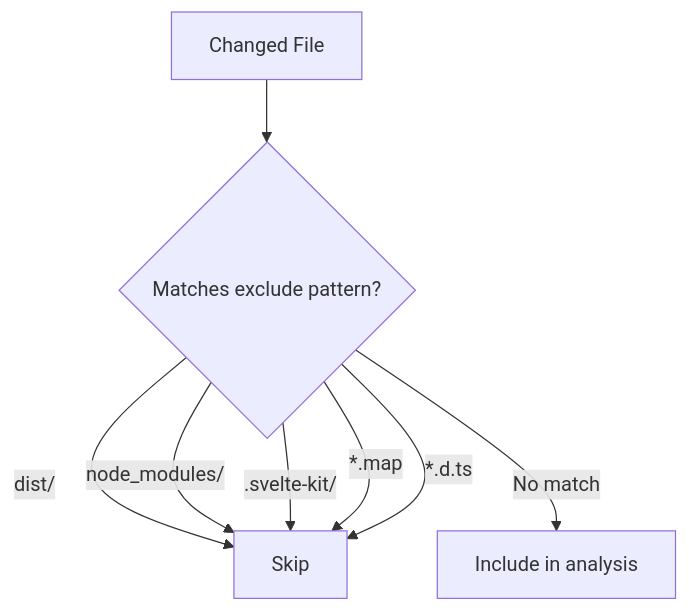
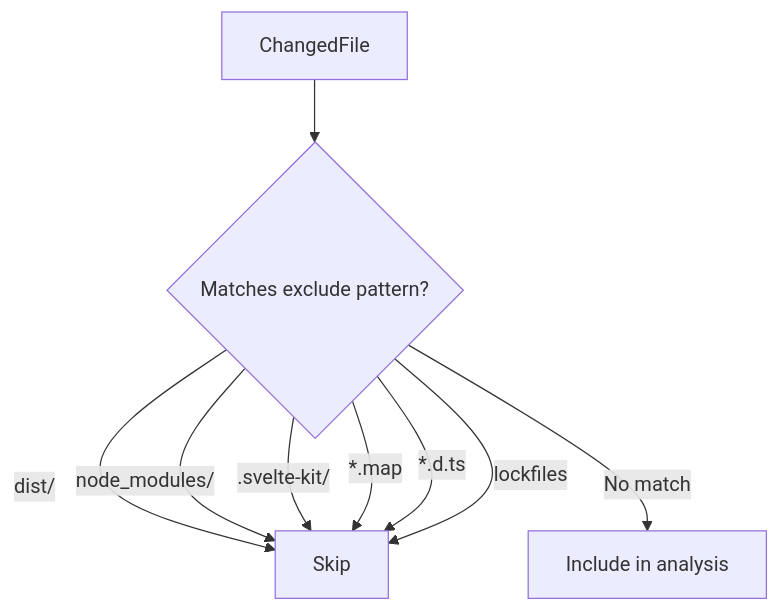
One commit to better-vibe/branch-narrator changed the sixth of 6 diagrams in docs/02-architecture/data-flow.md. Above: the diagram before and after it, drawn with Mermaid. The commit also changed other lines of this file and 39 other files, not shown here.

````diff
--- a/docs/02-architecture/data-flow.md
+++ b/docs/02-architecture/data-flow.md
@@ -122,11 +132,12 @@
 ```mermaid
 flowchart TD
-    FILE[Changed File] --> CHECK{Matches exclude pattern?}
+    FILE[ChangedFile] --> CHECK{Matches exclude pattern?}
 
     CHECK --> |dist/| SKIP[Skip]
     CHECK --> |node_modules/| SKIP
     CHECK --> |.svelte-kit/| SKIP
     CHECK --> |*.map| SKIP
     CHECK --> |*.d.ts| SKIP
+    CHECK --> |lockfiles| SKIP
     CHECK --> |No match| ANALYZE[Include in analysis]
 ```
````
